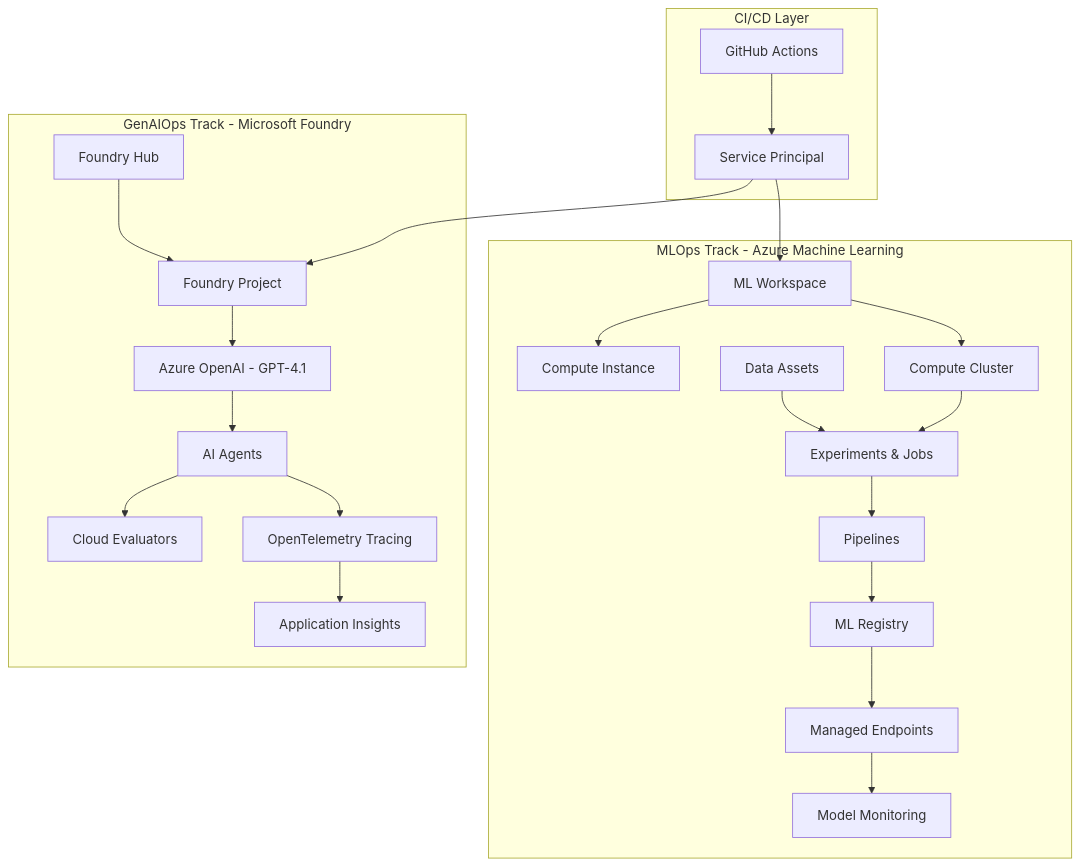
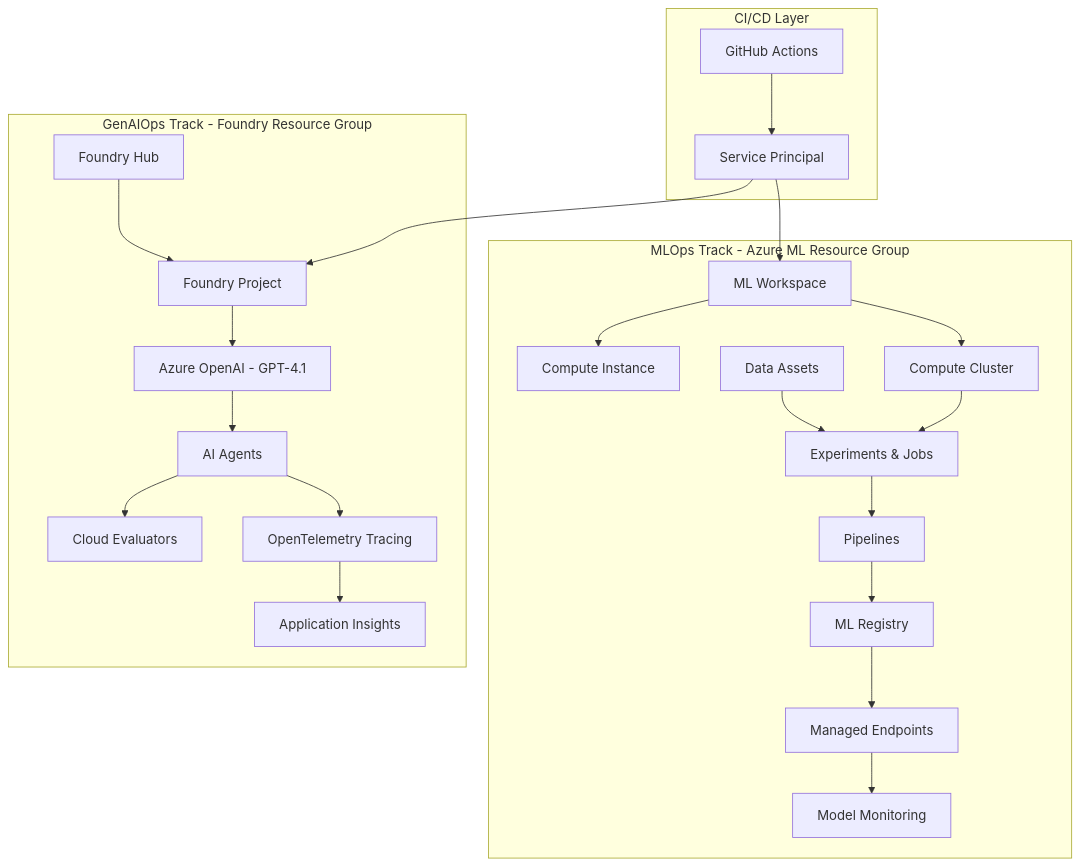
Before and after one commit to btriani/ai-300-lab-guide: the diagram in README.md, drawn with Mermaid.

Commit message:
Fix architecture diagram: show both resource groups, CI/CD connects to both tracks

````diff
--- a/README.md
+++ b/README.md
@@ -45,48 +45,48 @@
 ```mermaid
 graph TB
-    subgraph "MLOps Track - Azure Machine Learning"
+    subgraph CICD["CI/CD Layer"]
+        GH[GitHub Actions]
+        SP[Service Principal]
+        GH --> SP
+    end
+
+    subgraph MLOPS["MLOps Track - Azure ML Resource Group"]
         WS[ML Workspace]
         CI[Compute Instance]
         CC[Compute Cluster]
         DA[Data Assets]
         EXP[Experiments & Jobs]
         PIPE[Pipelines]
+        REG[ML Registry]
         EP[Managed Endpoints]
         MON[Model Monitoring]
-        REG[ML Registry]
 
         WS --> CI & CC
         DA --> EXP
         CC --> EXP
         EXP --> PIPE
         PIPE --> REG
         REG --> EP
         EP --> MON
     end
 
-    subgraph "GenAIOps Track - Microsoft Foundry"
+    subgraph GENAI["GenAIOps Track - Foundry Resource Group"]
         HUB[Foundry Hub]
         PROJ[Foundry Project]
         AOAI[Azure OpenAI - GPT-4.1]
         AGT[AI Agents]
         EVAL[Cloud Evaluators]
+        OTEL[OpenTelemetry Tracing]
         APPINS[Application Insights]
-        OTEL[OpenTelemetry Tracing]
 
         HUB --> PROJ
         PROJ --> AOAI
         AOAI --> AGT
         AGT --> EVAL
         AGT --> OTEL
         OTEL --> APPINS
     end
 
-    subgraph "CI/CD Layer"
-        GH[GitHub Actions]
-        SP[Service Principal]
-    end
-
-    GH --> SP
     SP --> WS
     SP --> PROJ
 ```
````
